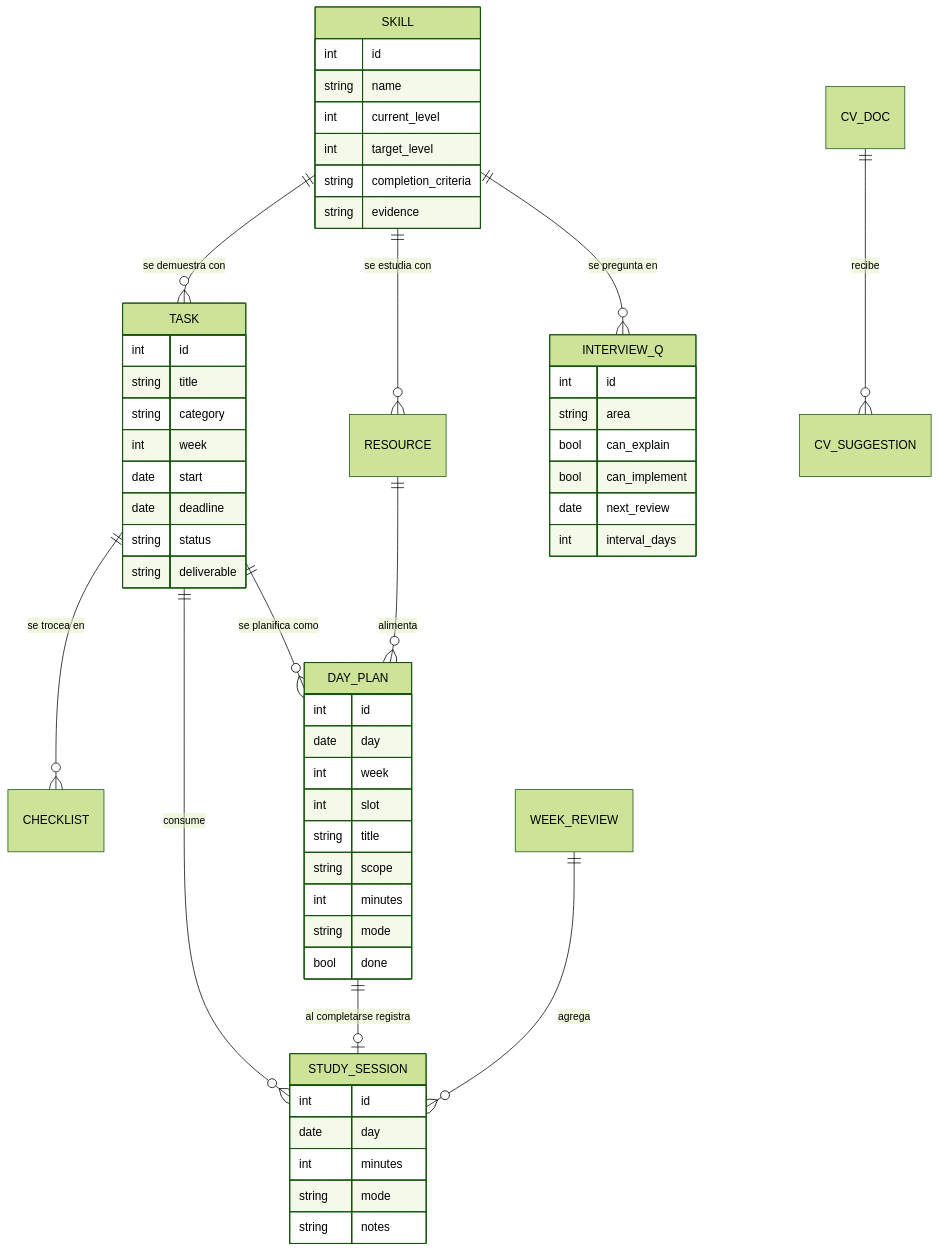
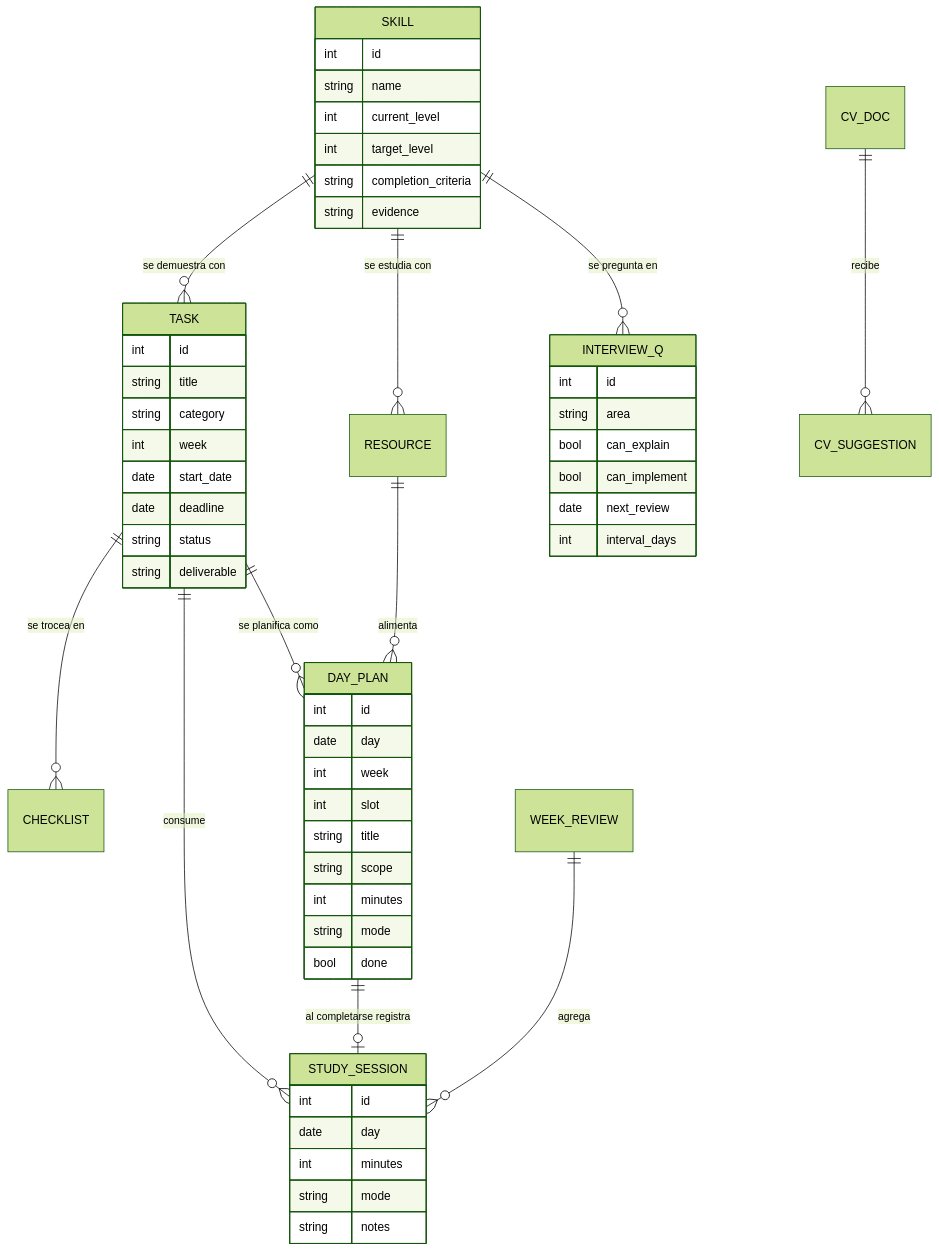
The second of 5 diagrams in README.md (diegoperezg7/ai-learn), drawn with Mermaid (forest theme) before and after one commit.

Commit message:
README: atributos del diagrama ER uno por linea para que mermaid lo parsee

````diff
--- a/README.md
+++ b/README.md
@@ -112,19 +112,58 @@
 ```mermaid
 erDiagram
     SKILL      ||--o{ TASK          : "se demuestra con"
     SKILL      ||--o{ RESOURCE      : "se estudia con"
     SKILL      ||--o{ INTERVIEW_Q   : "se pregunta en"
     TASK       ||--o{ CHECKLIST     : "se trocea en"
     TASK       ||--o{ DAY_PLAN      : "se planifica como"
     TASK       ||--o{ STUDY_SESSION : "consume"
     RESOURCE   ||--o{ DAY_PLAN      : "alimenta"
     DAY_PLAN   ||--o| STUDY_SESSION : "al completarse registra"
     WEEK_REVIEW ||--o{ STUDY_SESSION : "agrega"
     CV_DOC     ||--o{ CV_SUGGESTION : "recibe"
 
-    SKILL { int id string name int current_level int target_level string completion_criteria string evidence }
-    TASK { int id string title string category int week date start date deadline string status string deliverable }
-    DAY_PLAN { int id date day int week int slot string title string scope int minutes string mode bool done }
-    STUDY_SESSION { int id date day int minutes string mode string notes }
-    INTERVIEW_Q { int id string area bool can_explain bool can_implement date next_review int interval_days }
+    SKILL {
+        int id
+        string name
+        int current_level
+        int target_level
+        string completion_criteria
+        string evidence
+    }
+    TASK {
+        int id
+        string title
+        string category
+        int week
+        date start_date
+        date deadline
+        string status
+        string deliverable
+    }
+    DAY_PLAN {
+        int id
+        date day
+        int week
+        int slot
+        string title
+        string scope
+        int minutes
+        string mode
+        bool done
+    }
+    STUDY_SESSION {
+        int id
+        date day
+        int minutes
+        string mode
+        string notes
+    }
+    INTERVIEW_Q {
+        int id
+        string area
+        bool can_explain
+        bool can_implement
+        date next_review
+        int interval_days
+    }
 ```
````
